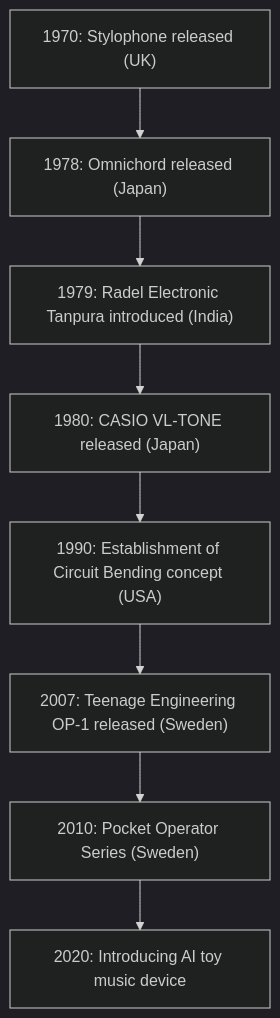
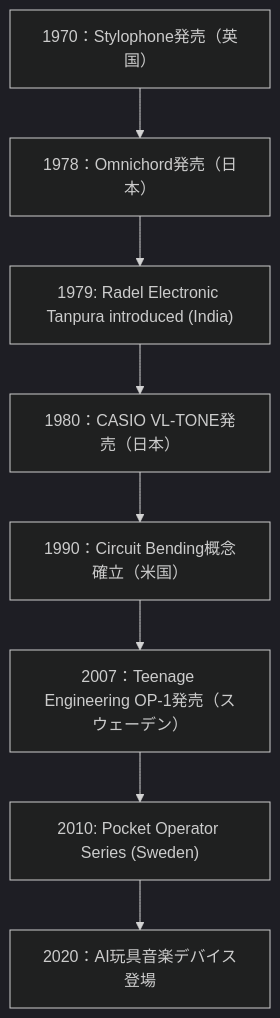
Before and after one commit to monumental-movement/monumental-movement.github.io: the diagram in en/_posts/2025-10-12-Column-Strange-Musical-Toys.md, drawn with Mermaid (dark theme). The commit also changed other lines of this file and 2196 other files, not shown here.

```diff
--- a/en/_posts/2025-10-12-Column-Strange-Musical-Toys.md
+++ b/en/_posts/2025-10-12-Column-Strange-Musical-Toys.md
@@ -221,16 +221,16 @@
 <div class="mermaid">
 
 flowchart TD
 
-    A1970["1970: Stylophone released (UK)"]
-    B1978["1978: Omnichord released (Japan)"]
+    A1970["1970：Stylophone発売（英国）"]
+    B1978["1978：Omnichord発売（日本）"]
     C1979["1979: Radel Electronic Tanpura introduced (India)"]
-    D1980["1980: CASIO VL-TONE released (Japan)"]
-    E1990["1990: Establishment of Circuit Bending concept (USA)"]
-    F2007["2007: Teenage Engineering OP-1 released (Sweden)"]
+    D1980["1980：CASIO VL-TONE発売（日本）"]
+    E1990["1990：Circuit Bending概念確立（米国）"]
+    F2007["2007：Teenage Engineering OP-1発売（スウェーデン）"]
     G2010["2010: Pocket Operator Series (Sweden)"]
-    H2020["2020: Introducing AI toy music device"]
+    H2020["2020：AI玩具音楽デバイス登場"]
     
     A1970 --> B1978 --> C1979 --> D1980 --> E1990 --> F2007 --> G2010 --> H2020
 
 </div>
```
